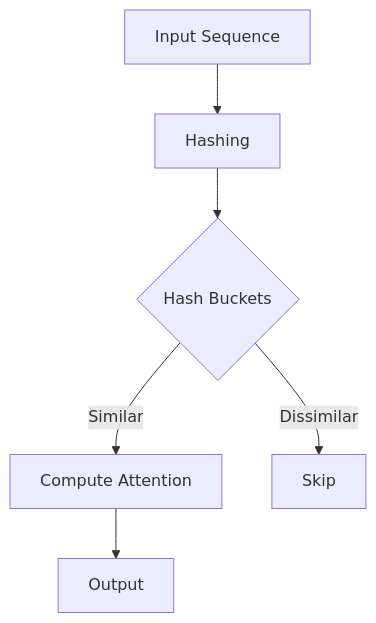
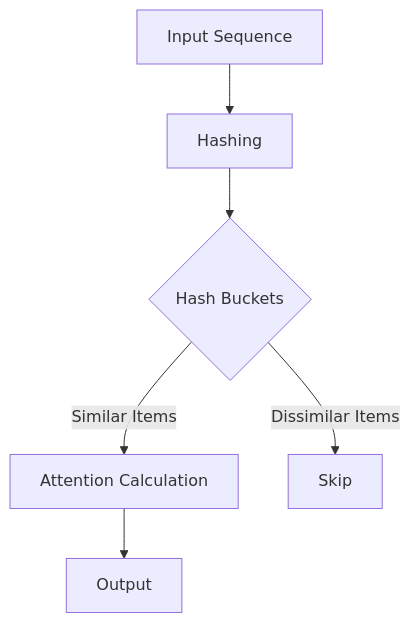
One commit to dmarx/papers-feed changed the diagram in data/papers/2001.04451/features/crib-sheet/2001.04451.md. Above: the diagram before and after it, drawn with Mermaid. The commit also changed other lines of this file and 8 other files, not shown here.

````diff
--- a/data/papers/2001.04451/features/crib-sheet/2001.04451.md
+++ b/data/papers/2001.04451/features/crib-sheet/2001.04451.md
@@ -53,8 +46,8 @@
 ```mermaid
 flowchart TD
     A[Input Sequence] --> B[Hashing]
     B --> C{Hash Buckets}
-    C -->|Similar| D[Compute Attention]
-    C -->|Dissimilar| E[Skip]
+    C -->|Similar Items| D[Attention Calculation]
+    C -->|Dissimilar Items| E[Skip]
     D --> F[Output]
 ```
````
